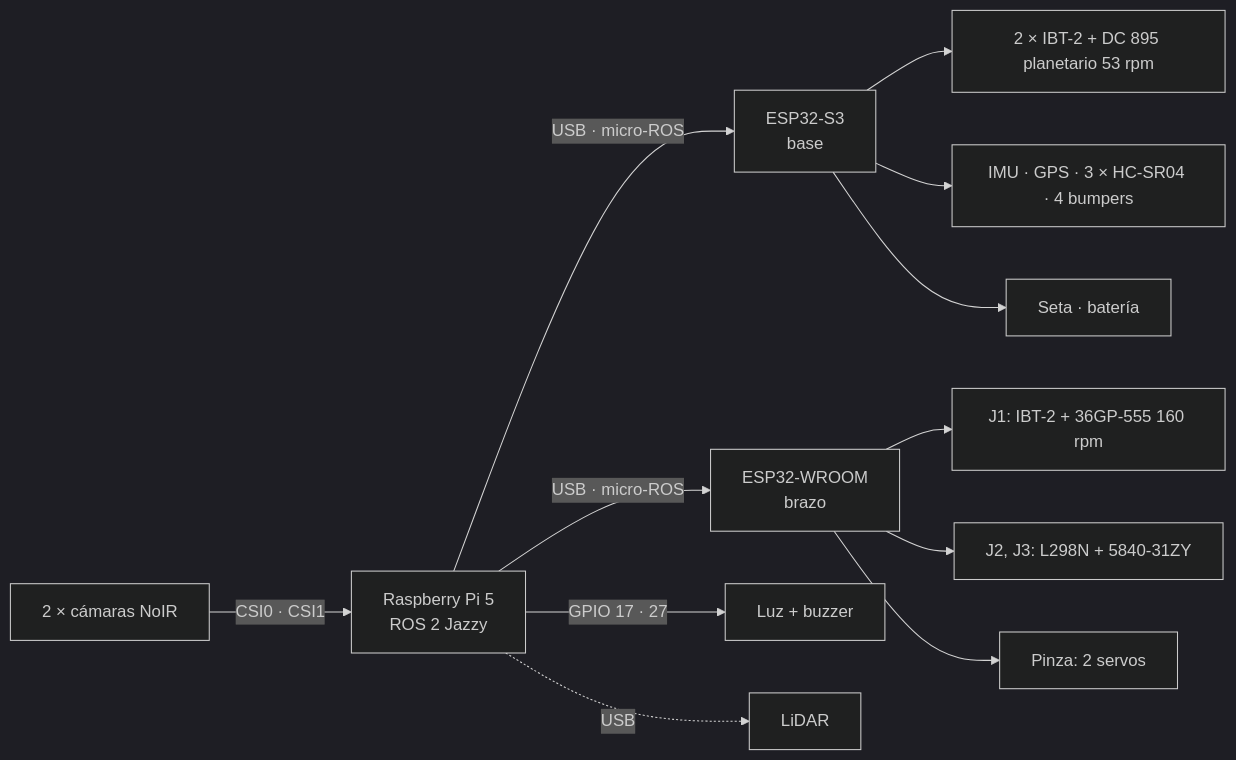
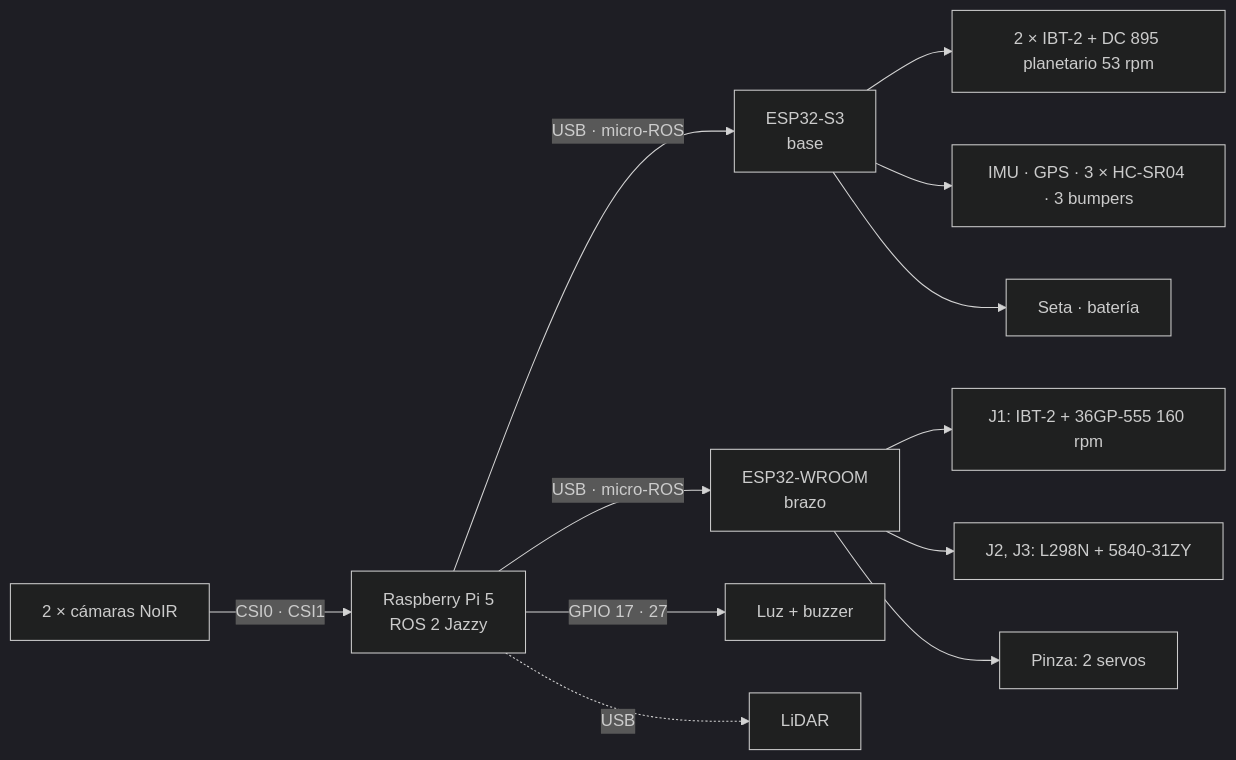
Before and after one commit to HecVelaz/recolector_de_frutas: the diagram in docs/CONEXIONES.md, drawn with Mermaid (dark theme). The commit also changed other lines of this file and 130 other files, not shown here.

````diff
--- a/docs/CONEXIONES.md
+++ b/docs/CONEXIONES.md
@@ -7,14 +7,14 @@
 ```mermaid
 flowchart LR
   CAM[2 × cámaras NoIR] -- CSI0 · CSI1 --> PI[Raspberry Pi 5<br/>ROS 2 Jazzy]
   PI -- USB · micro-ROS --> S3[ESP32-S3<br/>base]
   PI -- USB · micro-ROS --> WR[ESP32-WROOM<br/>brazo]
   PI -- GPIO 17 · 27 --> IND[Luz + buzzer]
   PI -. USB .-> LID[LiDAR]
   S3 --> TR[2 × IBT-2 + DC 895 planetario 53 rpm]
-  S3 --> SEN[IMU · GPS · 3 × HC-SR04 · 4 bumpers]
+  S3 --> SEN[IMU · GPS · 3 × HC-SR04 · 3 bumpers]
   S3 --> SEG[Seta · batería]
   WR --> J1[J1: IBT-2 + 36GP-555 160 rpm]
   WR --> J23[J2, J3: L298N + 5840-31ZY]
   WR --> PZ[Pinza: 2 servos]
 ```
````
